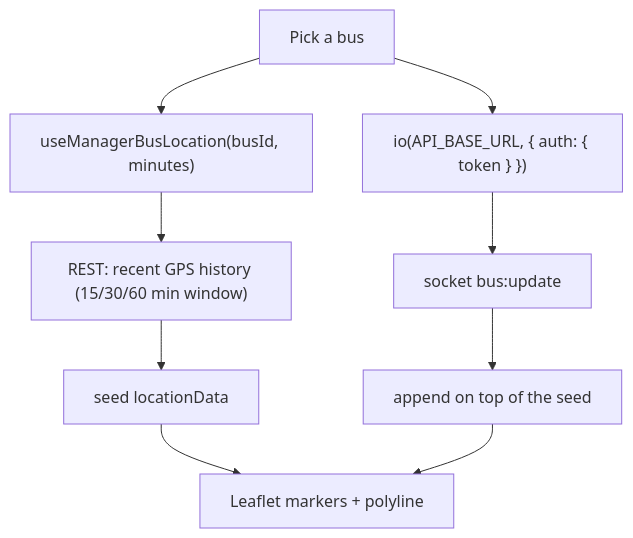
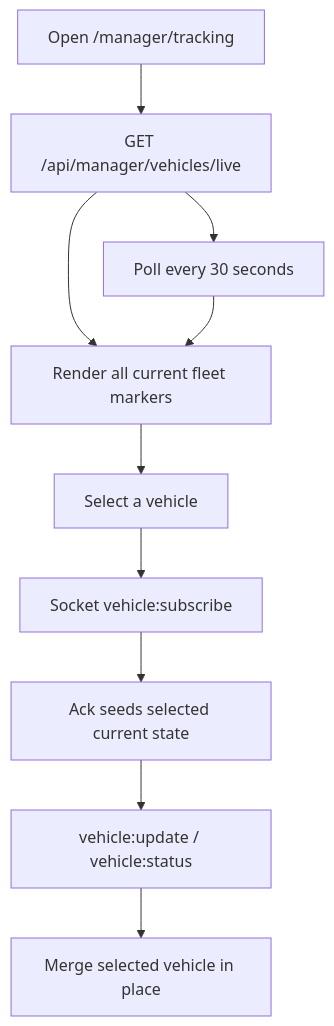
One commit to Shazaanashraff/TrackMe-WebAdmin changed the diagram in docs/modules/TRACKING.md. Above: the diagram before and after it, drawn with Mermaid. The commit also changed other lines of this file and 32 other files, not shown here.

````diff
--- a/docs/modules/TRACKING.md
+++ b/docs/modules/TRACKING.md
@@ -35,11 +37,12 @@
 ```mermaid
 flowchart TD
-  A[Pick a bus] --> B["useManagerBusLocation(busId, minutes)"]
-  B --> C["REST: recent GPS history (15/30/60 min window)"]
-  C --> D[seed locationData]
-  A --> E["io(API_BASE_URL, { auth: { token } })"]
-  E --> F["socket bus:update"]
-  F --> G[append on top of the seed]
-  D --> H[Leaflet markers + polyline]
-  G --> H
+  A[Open /manager/tracking] --> B[GET /api/manager/vehicles/live]
+  B --> C[Render all current fleet markers]
+  C --> D[Select a vehicle]
+  D --> E[Socket vehicle:subscribe]
+  E --> F[Ack seeds selected current state]
+  F --> G[vehicle:update / vehicle:status]
+  G --> H[Merge selected vehicle in place]
+  B --> I[Poll every 30 seconds]
+  I --> C
 ```
````
